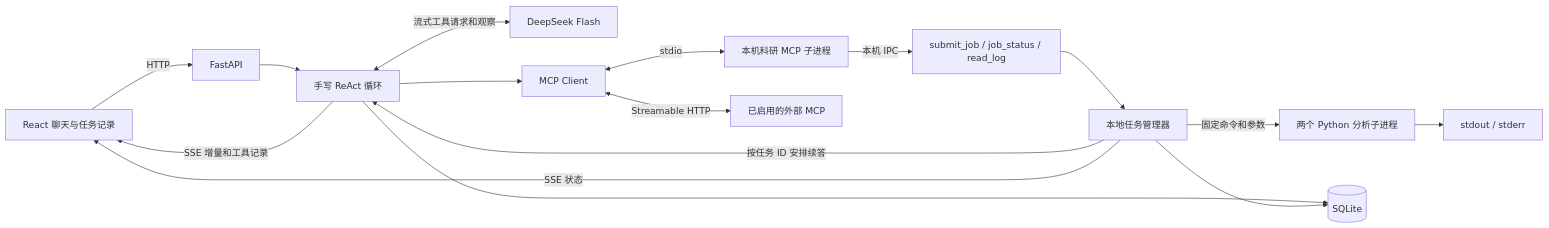
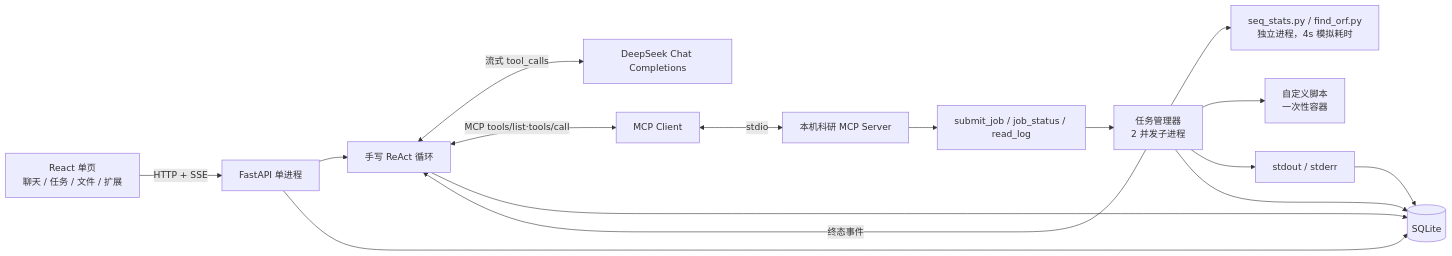
The diagram in README.md (bigzzzx/research-task-assistant), drawn with Mermaid before and after one commit. The commit also changed other lines of this file and 6 other files, not shown here.

First line of the commit message:
Document setup, architecture, tradeoffs and the demo workflow

````diff
--- a/README.md
+++ b/README.md
@@ -83,18 +118,18 @@
 ```mermaid
 flowchart LR
-    UI["React 聊天与任务记录"] -->|HTTP| API["FastAPI"]
+    UI["React 单页<br/>聊天 / 任务 / 文件 / 扩展"] -->|HTTP + SSE| API["FastAPI 单进程"]
     API --> Agent["手写 ReAct 循环"]
-    Agent <-->|流式工具请求和观察| Model["DeepSeek Flash"]
-    Agent --> MCPClient["MCP Client"]
-    MCPClient <-->|stdio| MCPServer["本机科研 MCP 子进程"]
-    MCPClient <-->|Streamable HTTP| RemoteMCP["已启用的外部 MCP"]
-    MCPServer -->|本机 IPC| Tools["submit_job / job_status / read_log"]
-    Tools --> Jobs["本地任务管理器"]
-    Jobs -->|固定命令和参数| Python["两个 Python 分析子进程"]
-    Python --> Logs["stdout / stderr"]
-    Jobs -->|按任务 ID 安排续答| Agent
+    Agent <-->|流式 tool_calls| Model["DeepSeek Chat Completions"]
+    Agent <-->|MCP tools/list·tools/call| Client["MCP Client"]
+    Client <-->|stdio| Server["本机科研 MCP Server"]
+    Server --> Tools["submit_job / job_status / read_log"]
+    Tools --> Jobs["任务管理器<br/>2 并发子进程"]
+    Jobs --> Py["seq_stats.py / find_orf.py<br/>独立进程，4s 模拟耗时"]
+    Jobs --> Docker["自定义脚本<br/>一次性容器"]
+    Jobs -->|终态事件| Agent
+    Jobs --> Logs["stdout / stderr"]
     Agent --> DB[("SQLite")]
     Jobs --> DB
-    Agent -->|SSE 增量和工具记录| UI
-    Jobs -->|SSE 状态| UI
+    Logs --> DB
+    API --> DB
 ```
````
